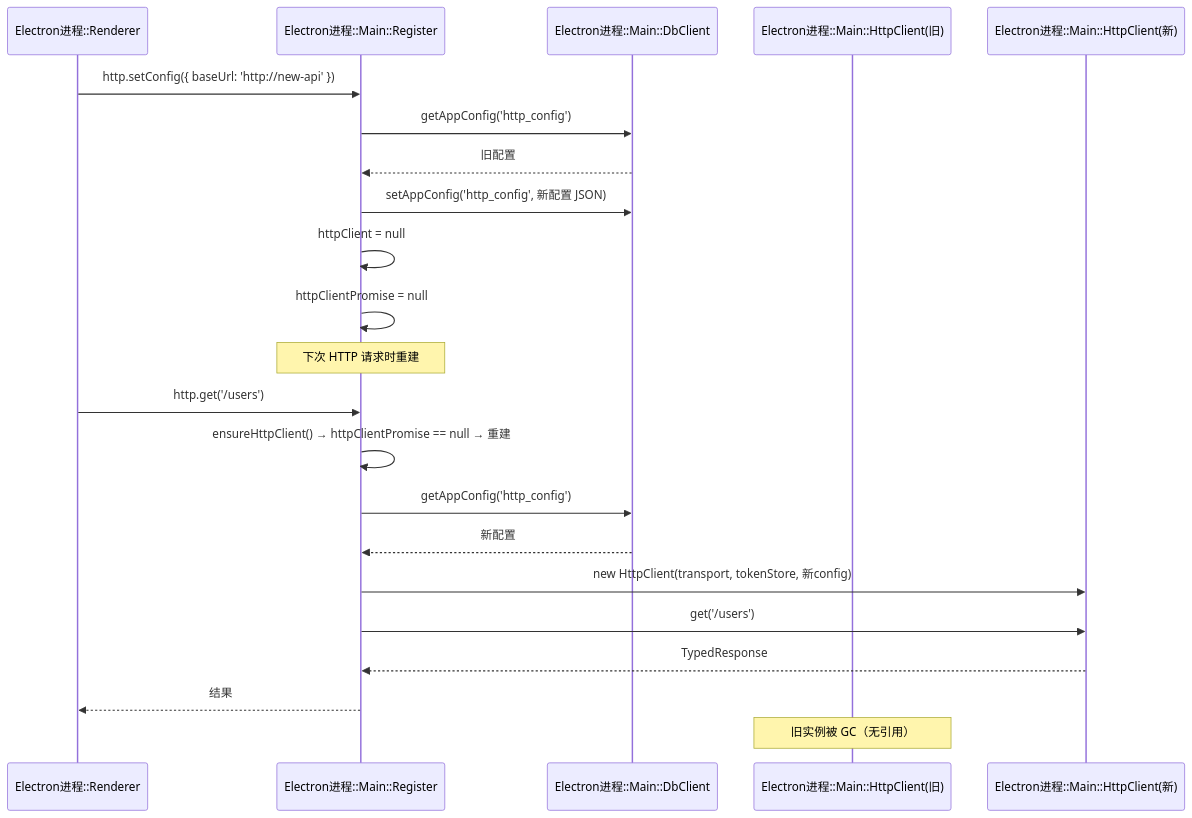
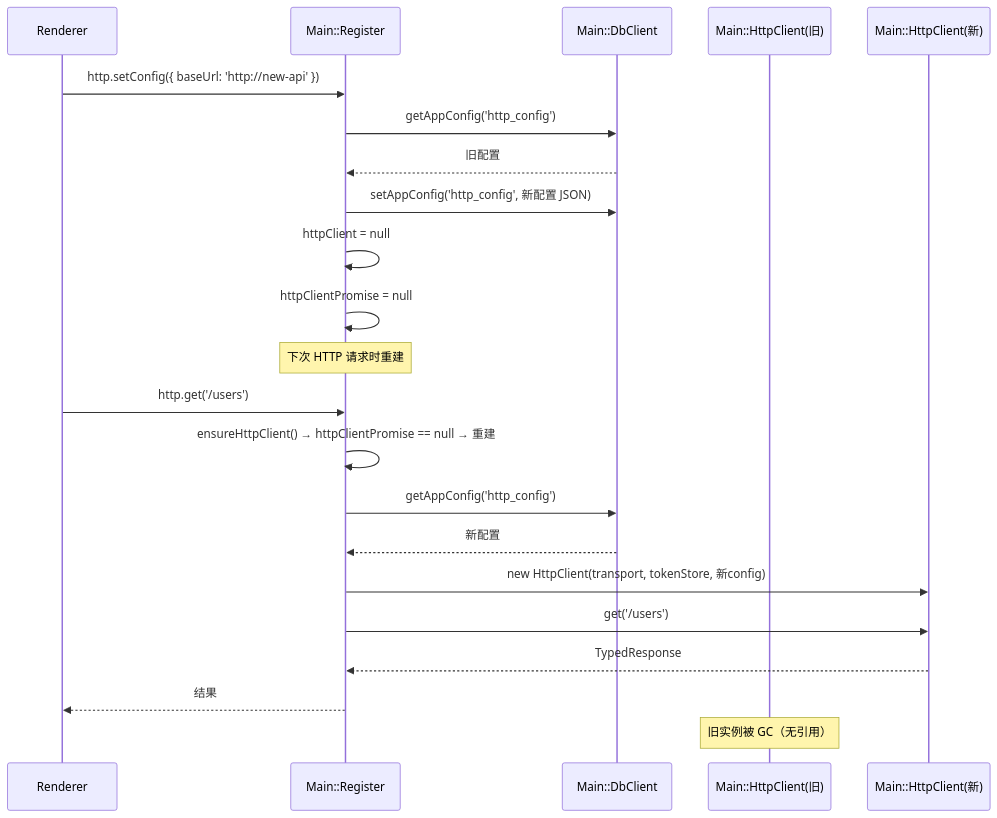
Before and after one commit to lupnfer/vue_with_csdk: diagram 12 of 12 in docs/architecture-diagrams.md, drawn with Mermaid. The commit also changed other lines of this file, not shown here.

First line of the commit message:
docs: 时序图 participant 改为进程名::模块名格式

````diff
--- a/docs/architecture-diagrams.md
+++ b/docs/architecture-diagrams.md
@@ -558,27 +558,27 @@
 ```mermaid
 sequenceDiagram
-    participant R as Electron进程::Renderer
-    participant Reg as Electron进程::Main::Register
-    participant DB as Electron进程::Main::DbClient
-    participant HC as Electron进程::Main::HttpClient(旧)
-    participant HC2 as Electron进程::Main::HttpClient(新)
+    participant R as Renderer
+    participant Reg as Main::Register
+    participant DB as Main::DbClient
+    participant HC as Main::HttpClient(旧)
+    participant HC2 as Main::HttpClient(新)
 
     R->>Reg: http.setConfig({ baseUrl: 'http://new-api' })
     Reg->>DB: getAppConfig('http_config')
     DB-->>Reg: 旧配置
     Reg->>DB: setAppConfig('http_config', 新配置 JSON)
     Reg->>Reg: httpClient = null
     Reg->>Reg: httpClientPromise = null
     Note over Reg: 下次 HTTP 请求时重建
 
     R->>Reg: http.get('/users')
     Reg->>Reg: ensureHttpClient() → httpClientPromise == null → 重建
     Reg->>DB: getAppConfig('http_config')
     DB-->>Reg: 新配置
     Reg->>HC2: new HttpClient(transport, tokenStore, 新config)
     Reg->>HC2: get('/users')
     HC2-->>Reg: TypedResponse
     Reg-->>R: 结果
 
     Note over HC: 旧实例被 GC（无引用）
 ```
````
